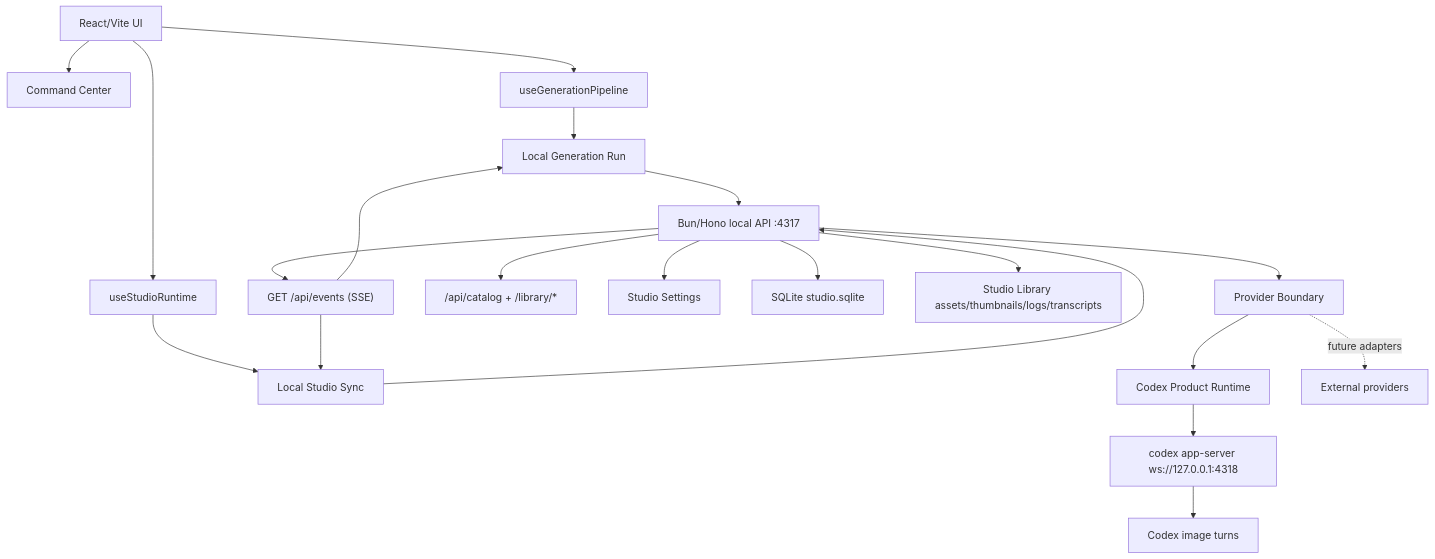
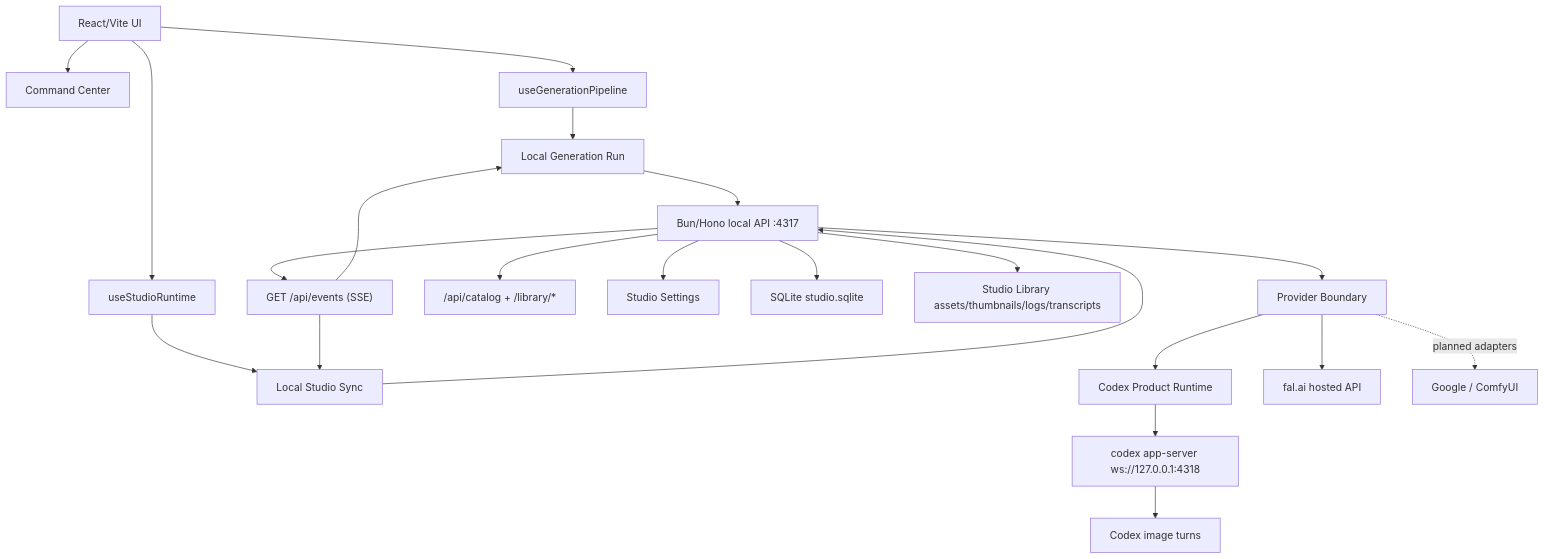
Before and after one commit to gvastethecreator/codex-studio: the diagram in docs/ARCHITECTURE.md, drawn with Mermaid. The commit also changed other lines of this file and 1380 other files, not shown here.

````diff
--- a/docs/ARCHITECTURE.md
+++ b/docs/ARCHITECTURE.md
@@ -7,22 +7,23 @@
 ```mermaid
 graph TD
     UI["React/Vite UI"] --> COMMAND["Command Center"]
     UI --> PIPE["useGenerationPipeline"]
     UI --> RUNTIME["useStudioRuntime"]
     PIPE --> RUN["Local Generation Run"]
     RUNTIME --> SYNC["Local Studio Sync"]
     RUN --> API["Bun/Hono local API :4317"]
     SYNC --> API
     API --> EVENTS["GET /api/events (SSE)"]
     EVENTS --> RUN
     EVENTS --> SYNC
     API --> CATALOG["/api/catalog + /library/*"]
     API --> SETTINGS["Studio Settings"]
     API --> DB["SQLite studio.sqlite"]
     API --> LIB["Studio Library assets/thumbnails/logs/transcripts"]
     API --> PROVIDERS["Provider Boundary"]
     PROVIDERS --> CODEX["Codex Product Runtime"]
     CODEX --> CX["codex app-server ws://127.0.0.1:4318"]
     CX --> TURN["Codex image turns"]
-    PROVIDERS -. "future adapters" .-> EXT["External providers"]
+    PROVIDERS --> FAL["fal.ai hosted API"]
+    PROVIDERS -. "planned adapters" .-> EXT["Google / ComfyUI"]
 ```
````
